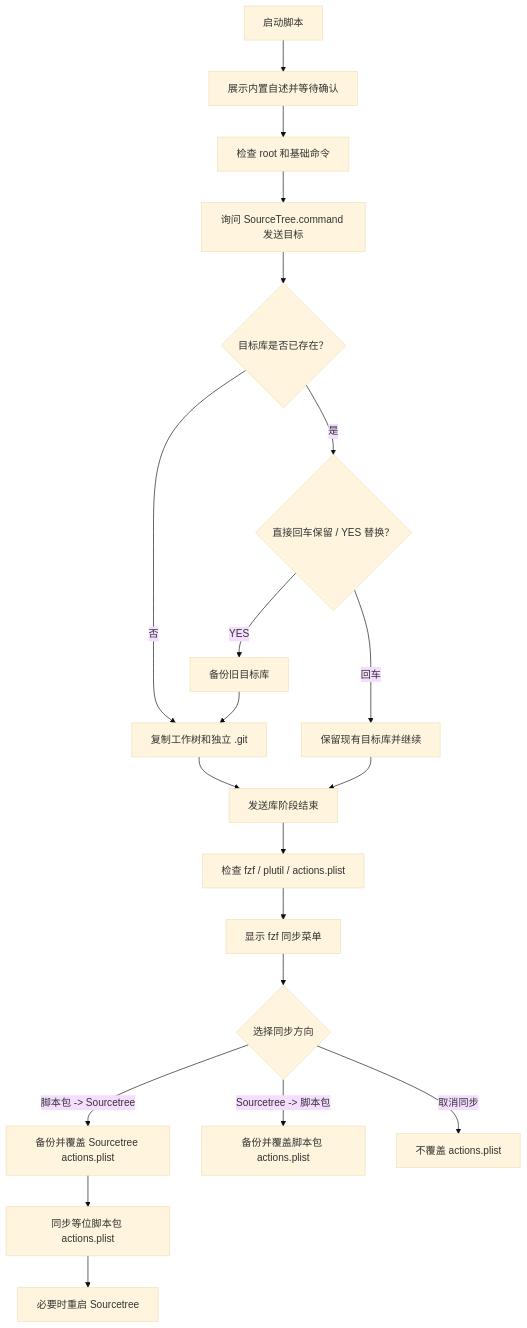
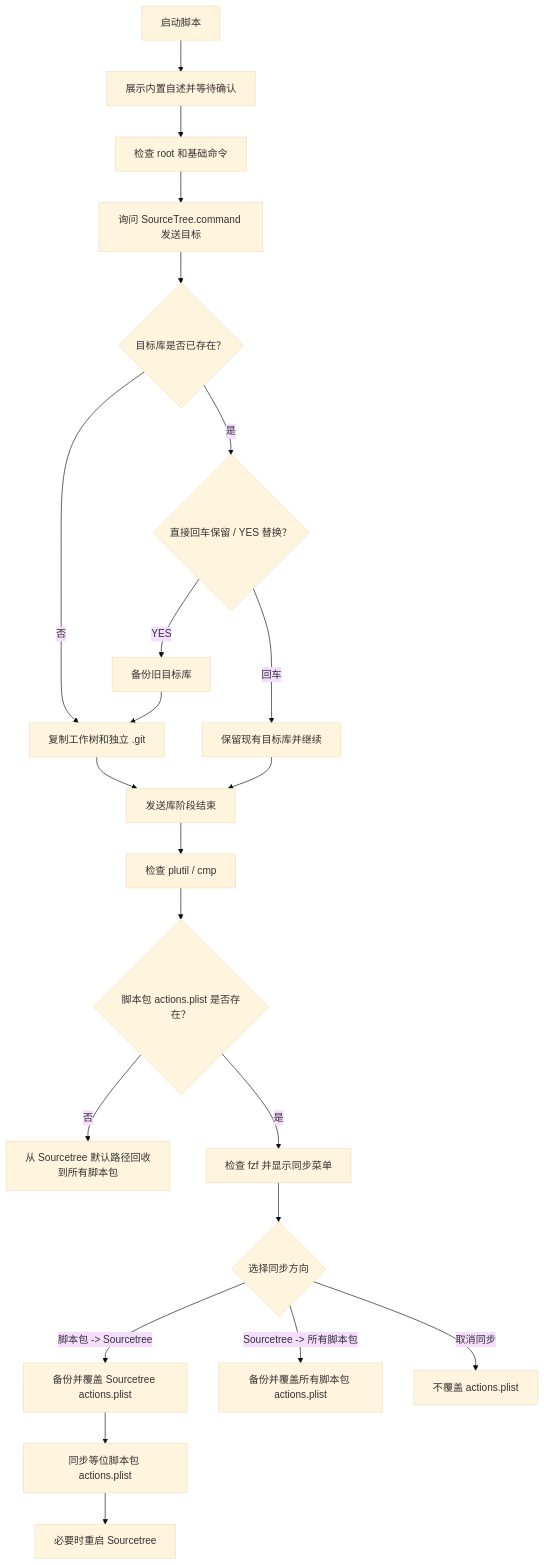
The diagram in 【MacOS】安装SourceTree自定义菜单.command/README.md (JobsKits/SourceTree.sh), drawn with Mermaid (base theme) before and after one commit. The commit also changed other lines of this file and 7 other files, not shown here.

````diff
--- a/【MacOS】安装SourceTree自定义菜单.command/README.md
+++ b/【MacOS】安装SourceTree自定义菜单.command/README.md
@@ -107,22 +109,24 @@
 ```mermaid
 flowchart TD
   A["启动脚本"] --> B["展示内置自述并等待确认"]
   B --> C["检查 root 和基础命令"]
   C --> D["询问 SourceTree.command 发送目标"]
   D --> E{"目标库是否已存在？"}
   E -->|否| F["复制工作树和独立 .git"]
   E -->|是| G{"直接回车保留 / YES 替换？"}
   G -->|回车| H["保留现有目标库并继续"]
   G -->|YES| I["备份旧目标库"]
   I --> F
   F --> J["发送库阶段结束"]
   H --> J
-  J --> K["检查 fzf / plutil / actions.plist"]
-  K --> L["显示 fzf 同步菜单"]
-  L --> M{"选择同步方向"}
-  M -->|脚本包 -> Sourcetree| N["备份并覆盖 Sourcetree actions.plist"]
-  N --> O["同步等位脚本包 actions.plist"]
-  O --> P["必要时重启 Sourcetree"]
-  M -->|Sourcetree -> 脚本包| Q["备份并覆盖脚本包 actions.plist"]
-  M -->|取消同步| R["不覆盖 actions.plist"]
+  J --> K["检查 plutil / cmp"]
+  K --> L{"脚本包 actions.plist 是否存在？"}
+  L -->|否| M["从 Sourcetree 默认路径回收到所有脚本包"]
+  L -->|是| N["检查 fzf 并显示同步菜单"]
+  N --> O{"选择同步方向"}
+  O -->|脚本包 -> Sourcetree| P["备份并覆盖 Sourcetree actions.plist"]
+  P --> Q["同步等位脚本包 actions.plist"]
+  Q --> R["必要时重启 Sourcetree"]
+  O -->|Sourcetree -> 所有脚本包| S["备份并覆盖所有脚本包 actions.plist"]
+  O -->|取消同步| T["不覆盖 actions.plist"]
 ```
````
